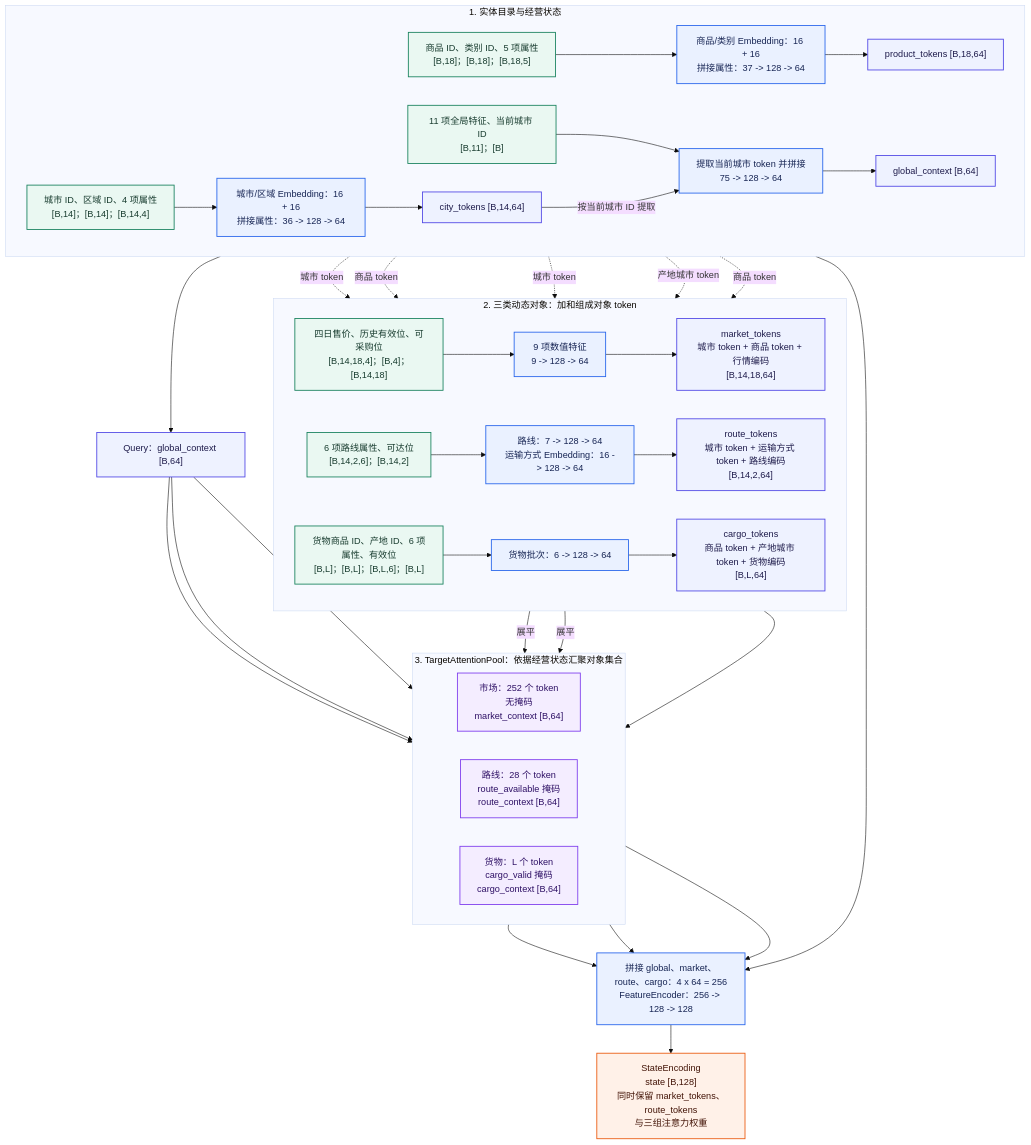
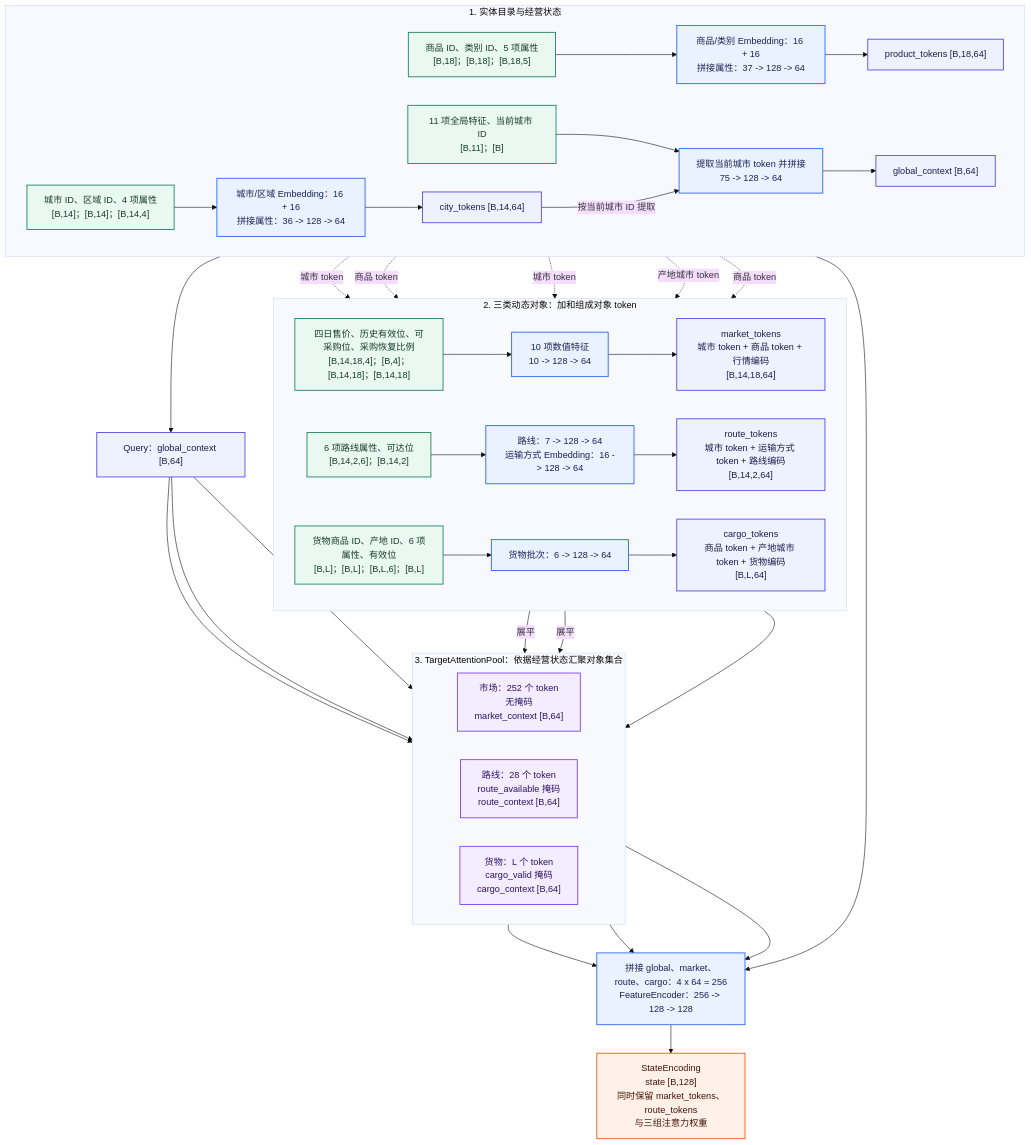
Before and after one commit to ImJX-Xu/TradeGame-RL: the diagram in docs/architecture/state-encoder.mmd, drawn with Mermaid (base theme). The commit also changed 15 other files, not shown here.

```diff
--- a/docs/architecture/state-encoder.mmd
+++ b/docs/architecture/state-encoder.mmd
@@ -1,68 +1,68 @@
 flowchart TB
     classDef source fill:#EAF8F2,stroke:#16805C,stroke-width:1.5px,color:#173B2E
     classDef encoder fill:#EAF1FF,stroke:#2563EB,stroke-width:1.5px,color:#172554
     classDef token fill:#EEF2FF,stroke:#4F46E5,stroke-width:1.5px,color:#1E1B4B
     classDef pool fill:#F4EDFF,stroke:#7C3AED,stroke-width:1.5px,color:#2E1065
     classDef output fill:#FFF1E8,stroke:#EA580C,stroke-width:1.5px,color:#431407
 
     subgraph directory["1. 实体目录与经营状态"]
         direction LR
         city_input["城市 ID、区域 ID、4 项属性<br/>[B,14]；[B,14]；[B,14,4]"]:::source
         city_encoder["城市/区域 Embedding：16 + 16<br/>拼接属性：36 -> 128 -> 64"]:::encoder
         city_tokens["city_tokens [B,14,64]"]:::token
         product_input["商品 ID、类别 ID、5 项属性<br/>[B,18]；[B,18]；[B,18,5]"]:::source
         product_encoder["商品/类别 Embedding：16 + 16<br/>拼接属性：37 -> 128 -> 64"]:::encoder
         product_tokens["product_tokens [B,18,64]"]:::token
         global_input["11 项全局特征、当前城市 ID<br/>[B,11]；[B]"]:::source
         global_encoder["提取当前城市 token 并拼接<br/>75 -> 128 -> 64"]:::encoder
         global_context["global_context [B,64]"]:::token
         city_input --> city_encoder --> city_tokens
         product_input --> product_encoder --> product_tokens
         global_input --> global_encoder --> global_context
         city_tokens -->|按当前城市 ID 提取| global_encoder
     end
 
     subgraph collections["2. 三类动态对象：加和组成对象 token"]
         direction LR
-        market_input["四日售价、历史有效位、可采购位<br/>[B,14,18,4]；[B,4]；[B,14,18]"]:::source
-        market_encoder["9 项数值特征<br/>9 -> 128 -> 64"]:::encoder
+        market_input["四日售价、历史有效位、可采购位、采购恢复比例<br/>[B,14,18,4]；[B,4]；[B,14,18]；[B,14,18]"]:::source
+        market_encoder["10 项数值特征<br/>10 -> 128 -> 64"]:::encoder
         market_tokens["market_tokens<br/>城市 token + 商品 token + 行情编码<br/>[B,14,18,64]"]:::token
         route_input["6 项路线属性、可达位<br/>[B,14,2,6]；[B,14,2]"]:::source
         route_encoder["路线：7 -> 128 -> 64<br/>运输方式 Embedding：16 -> 128 -> 64"]:::encoder
         route_tokens["route_tokens<br/>城市 token + 运输方式 token + 路线编码<br/>[B,14,2,64]"]:::token
         cargo_input["货物商品 ID、产地 ID、6 项属性、有效位<br/>[B,L]；[B,L]；[B,L,6]；[B,L]"]:::source
         cargo_encoder["货物批次：6 -> 128 -> 64"]:::encoder
         cargo_tokens["cargo_tokens<br/>商品 token + 产地城市 token + 货物编码<br/>[B,L,64]"]:::token
         market_input --> market_encoder --> market_tokens
         route_input --> route_encoder --> route_tokens
         cargo_input --> cargo_encoder --> cargo_tokens
     end
     city_tokens -. 城市 token .-> market_tokens
     product_tokens -. 商品 token .-> market_tokens
     city_tokens -. 城市 token .-> route_tokens
     city_tokens -. 产地城市 token .-> cargo_tokens
     product_tokens -. 商品 token .-> cargo_tokens
 
     query["Query：global_context [B,64]"]:::token
     global_context --> query
 
     subgraph attention["3. TargetAttentionPool：依据经营状态汇聚对象集合"]
         direction LR
         market_pool["市场：252 个 token<br/>无掩码<br/>market_context [B,64]"]:::pool
         route_pool["路线：28 个 token<br/>route_available 掩码<br/>route_context [B,64]"]:::pool
         cargo_pool["货物：L 个 token<br/>cargo_valid 掩码<br/>cargo_context [B,64]"]:::pool
     end
     query --> market_pool
     market_tokens -->|展平| market_pool
     query --> route_pool
     route_tokens -->|展平| route_pool
     query --> cargo_pool
     cargo_tokens --> cargo_pool
 
     fusion["拼接 global、market、route、cargo：4 x 64 = 256<br/>FeatureEncoder：256 -> 128 -> 128"]:::encoder
     state["StateEncoding<br/>state [B,128]<br/>同时保留 market_tokens、route_tokens<br/>与三组注意力权重"]:::output
     global_context --> fusion
     market_pool --> fusion
     route_pool --> fusion
     cargo_pool --> fusion
     fusion --> state
```
